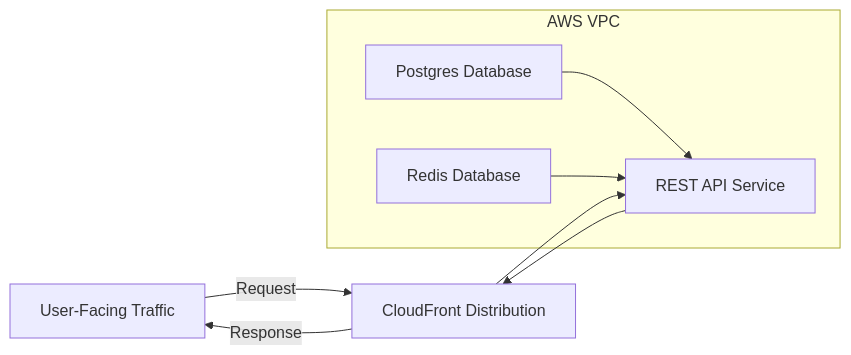
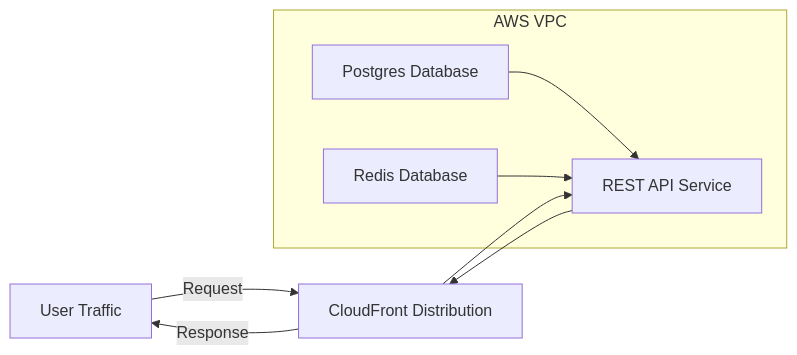
Before and after one commit to jyablonski/doqs: the diagram in src/content/docs/services/rest_api.md, drawn with Mermaid. The commit also changed other lines of this file and 9 other files, not shown here.

````diff
--- a/src/content/docs/services/rest_api.md
+++ b/src/content/docs/services/rest_api.md
@@ -12,16 +12,16 @@
 ``` mermaid
 graph LR
-    UserFacing[User-Facing Traffic] -->|Request| CF[CloudFront Distribution] --> API[REST API Service]
+    UserFacing[User Traffic] -->|Request| CF[CloudFront Distribution] --> API[REST API Service]
     API --> CF
     CF -->|Response| UserFacing
 
     subgraph VPC[AWS VPC]
         DB[Postgres Database]
         Redis[Redis Database]
         API
     end
 
     DB --> API
     Redis --> API
 
 ```
````
